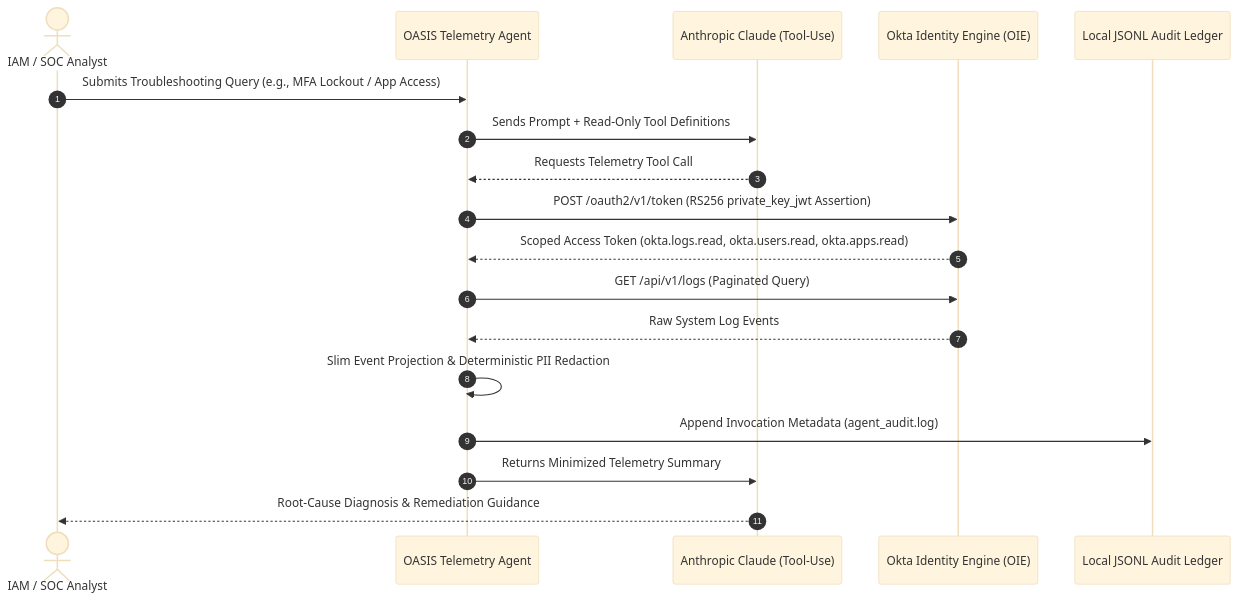
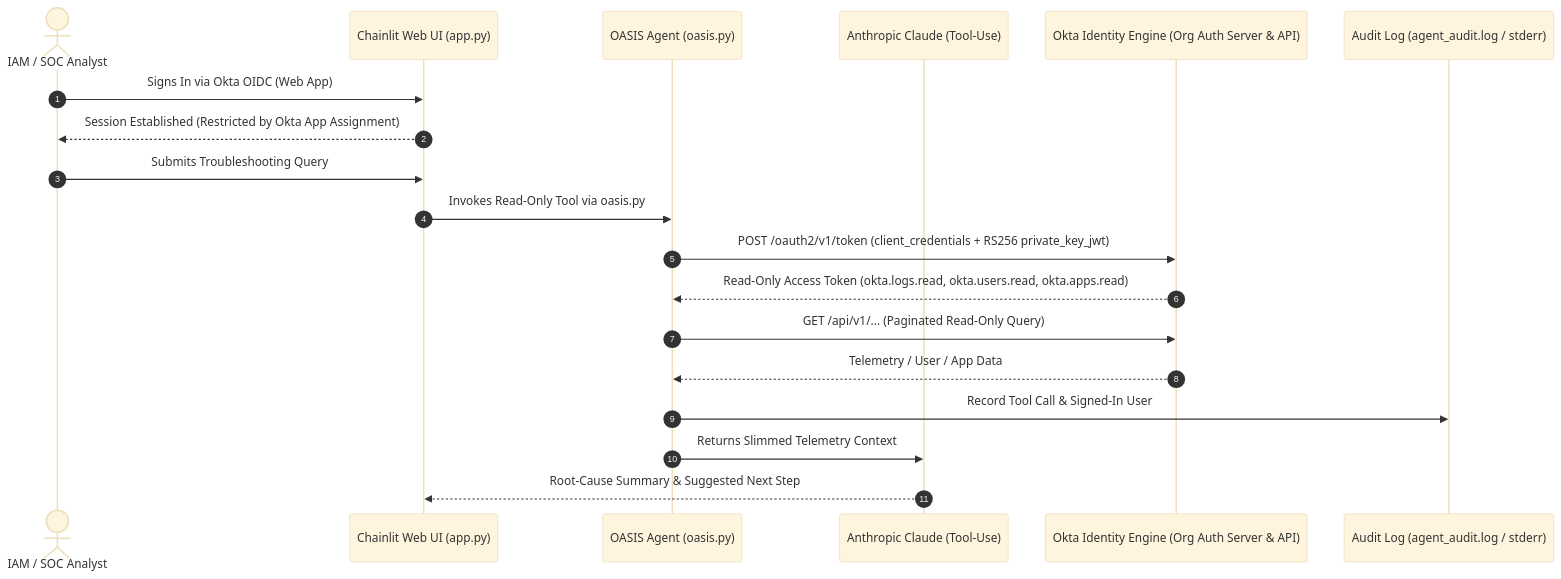
Before and after one commit to apensabene/okta-log-agent: the diagram in README.md, drawn with Mermaid (base theme). The commit also changed other lines of this file and 1 other file, not shown here.

Commit message:
Harden OIDC session handling, audit file permissions, and model config

````diff
--- a/README.md
+++ b/README.md
@@ -22,21 +22,22 @@
 ```mermaid
 sequenceDiagram
     autonumber
     actor Analyst as IAM / SOC Analyst
-    participant Agent as OASIS Telemetry Agent
+    participant Web as Chainlit Web UI (app.py)
+    participant Agent as OASIS Agent (oasis.py)
     participant LLM as Anthropic Claude (Tool-Use)
-    participant Okta as Okta Identity Engine (OIE)
-    participant Audit as Local JSONL Audit Ledger
+    participant Okta as Okta Identity Engine (Org Auth Server & API)
+    participant Audit as Audit Log (agent_audit.log / stderr)
 
-    Analyst->>Agent: Submits Troubleshooting Query (e.g., MFA Lockout / App Access)
-    Agent->>LLM: Sends Prompt + Read-Only Tool Definitions
-    LLM-->>Agent: Requests Telemetry Tool Call
-    Agent->>Okta: POST /oauth2/v1/token (RS256 private_key_jwt Assertion)
-    Okta-->>Agent: Scoped Access Token (okta.logs.read, okta.users.read, okta.apps.read)
-    Agent->>Okta: GET /api/v1/logs (Paginated Query)
-    Okta-->>Agent: Raw System Log Events
-    Agent->>Agent: Slim Event Projection & Deterministic PII Redaction
-    Agent->>Audit: Append Invocation Metadata (agent_audit.log)
-    Agent->>LLM: Returns Minimized Telemetry Summary
-    LLM-->>Analyst: Root-Cause Diagnosis & Remediation Guidance
+    Analyst->>Web: Signs In via Okta OIDC (Web App)
+    Web-->>Analyst: Session Established (Restricted by Okta App Assignment)
+    Analyst->>Web: Submits Troubleshooting Query
+    Web->>Agent: Invokes Read-Only Tool via oasis.py
+    Agent->>Okta: POST /oauth2/v1/token (client_credentials + RS256 private_key_jwt)
+    Okta-->>Agent: Read-Only Access Token (okta.logs.read, okta.users.read, okta.apps.read)
+    Agent->>Okta: GET /api/v1/... (Paginated Read-Only Query)
+    Okta-->>Agent: Telemetry / User / App Data
+    Agent->>Audit: Record Tool Call & Signed-In User
+    Agent->>LLM: Returns Slimmed Telemetry Context
+    LLM-->>Web: Root-Cause Summary & Suggested Next Step
 ```
````
